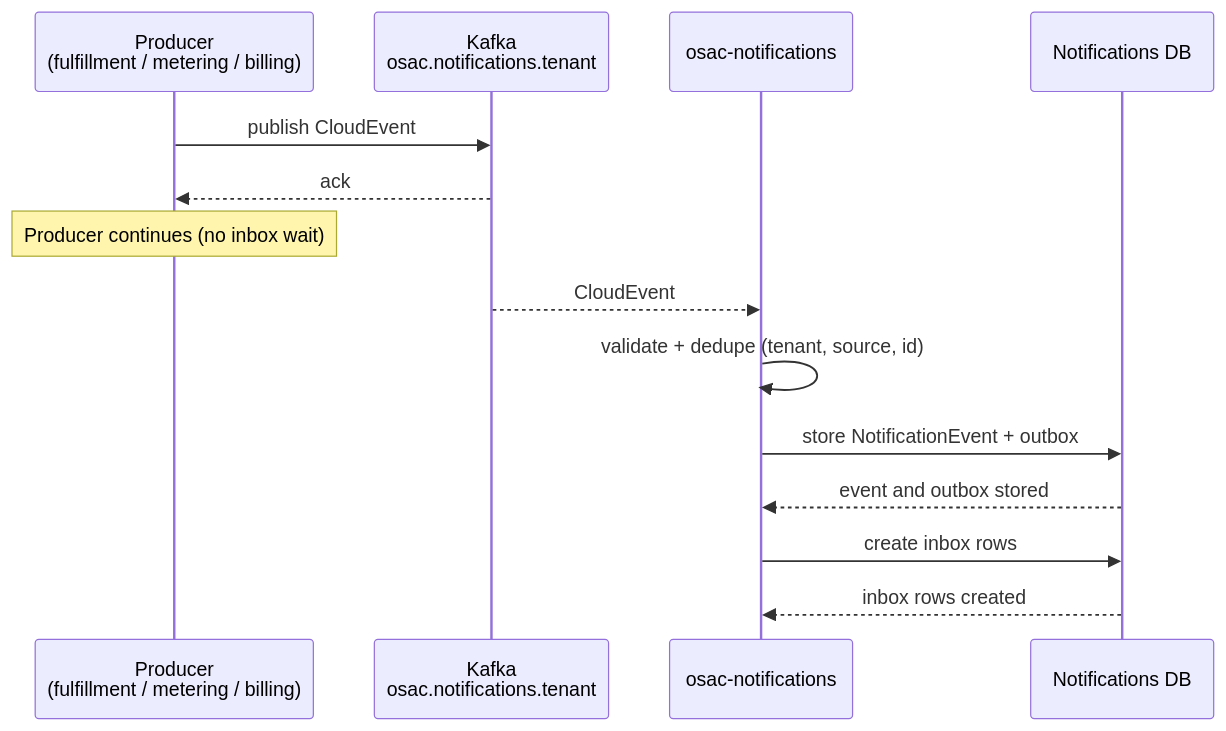
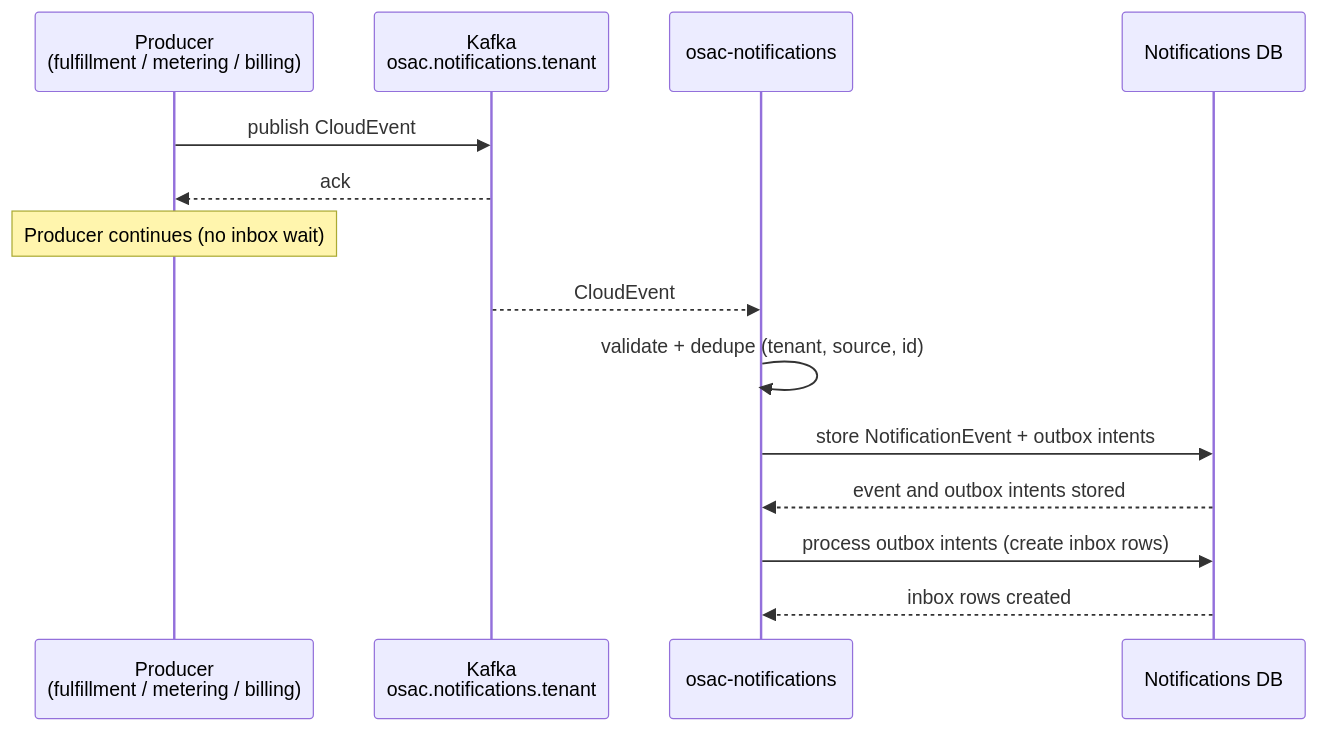
Before and after one commit to osac-project/enhancement-proposals: the second of 3 diagrams in enhancements/OSAC-75-notifications/design.md, drawn with Mermaid. The commit also changed other lines of this file, not shown here.

Commit message:
OSAC-75: Remove secret rotation from scope + unique key for outbox

````diff
--- a/enhancements/OSAC-75-notifications/design.md
+++ b/enhancements/OSAC-75-notifications/design.md
@@ -115,16 +117,16 @@
 ```mermaid
 sequenceDiagram
     participant Prod as Producer <br>(fulfillment / metering / billing)
     participant Kafka as Kafka <br>osac.notifications.tenant
     participant N as osac-notifications
     participant DB as Notifications DB
     Prod ->> Kafka: publish CloudEvent
     Kafka -->> Prod: ack
     Note over Prod: Producer continues (no inbox wait)
     Kafka -->> N: CloudEvent
     N ->> N: validate + dedupe (tenant, source, id)
-    N ->> DB: store NotificationEvent + outbox
-    DB -->> N: event and outbox stored
-    N ->> DB: create inbox rows
+    N ->> DB: store NotificationEvent + outbox intents
+    DB -->> N: event and outbox intents stored
+    N ->> DB: process outbox intents (create inbox rows)
     DB -->> N: inbox rows created
 ```
````
